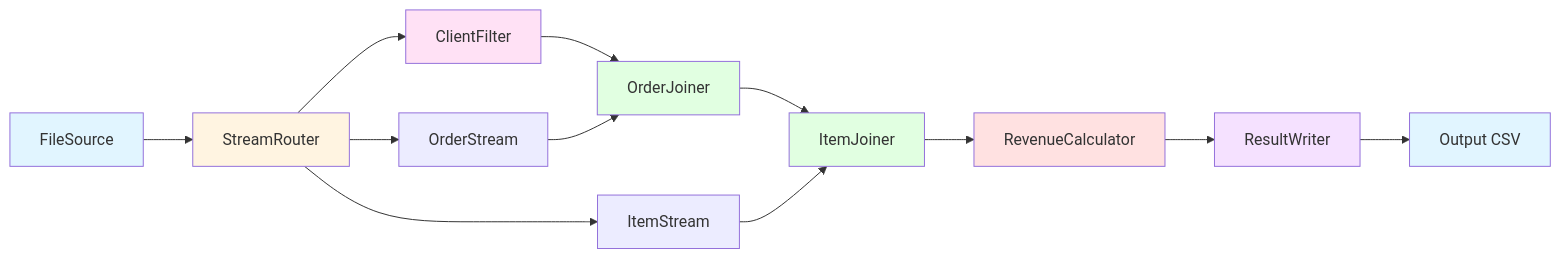
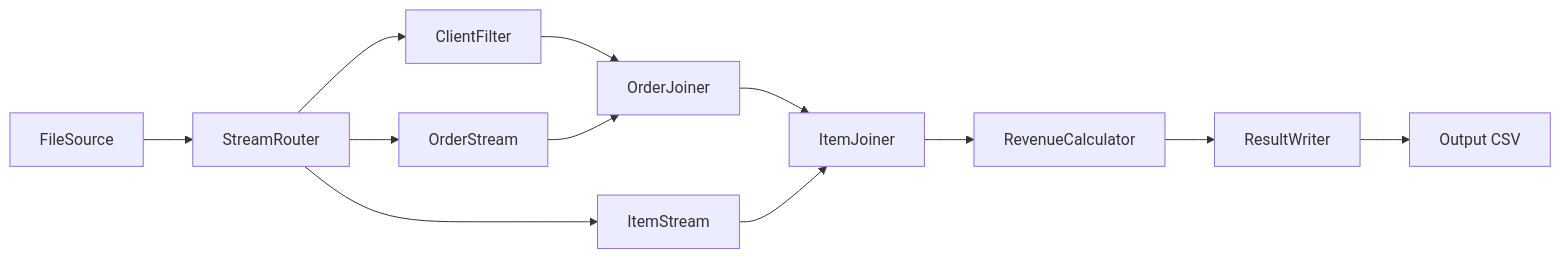
One commit to WiteRon/Cquirrel_Indivisual changed the second of 2 diagrams in README.md. Above: the diagram before and after it, drawn with Mermaid. The commit also changed other lines of this file, not shown here.

````diff
--- a/README.md
+++ b/README.md
@@ -63,25 +38,14 @@
 ```mermaid
 graph LR
     A[FileSource] --> B[StreamRouter]
     B --> C[ClientFilter]
     B --> D[OrderStream]
     B --> E[ItemStream]
-    
     C --> F[OrderJoiner]
     D --> F
     F --> G[ItemJoiner]
     E --> G
-    
     G --> H[RevenueCalculator]
     H --> I[ResultWriter]
     I --> J[Output CSV]
-    
-    style A fill:#e1f5ff
-    style B fill:#fff4e1
-    style C fill:#ffe1f5
-    style F fill:#e1ffe1
-    style G fill:#e1ffe1
-    style H fill:#ffe1e1
-    style I fill:#f5e1ff
-    style J fill:#e1f5ff
 ```
````
